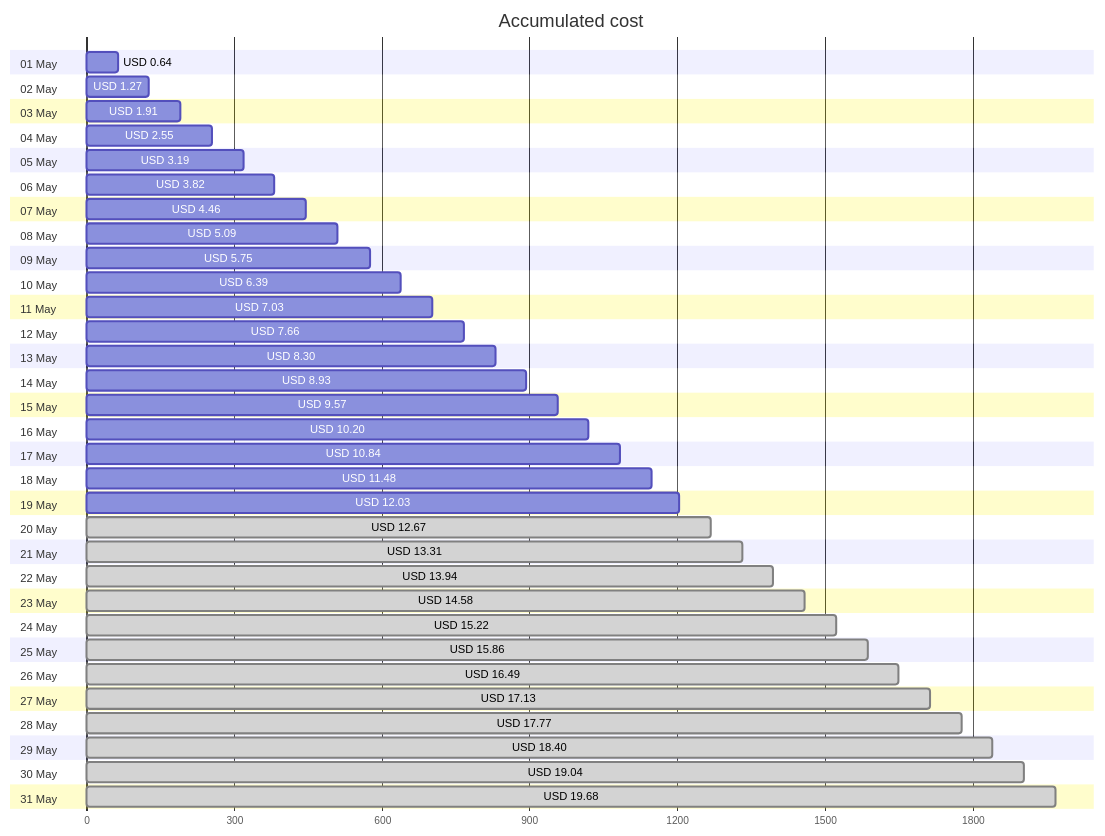
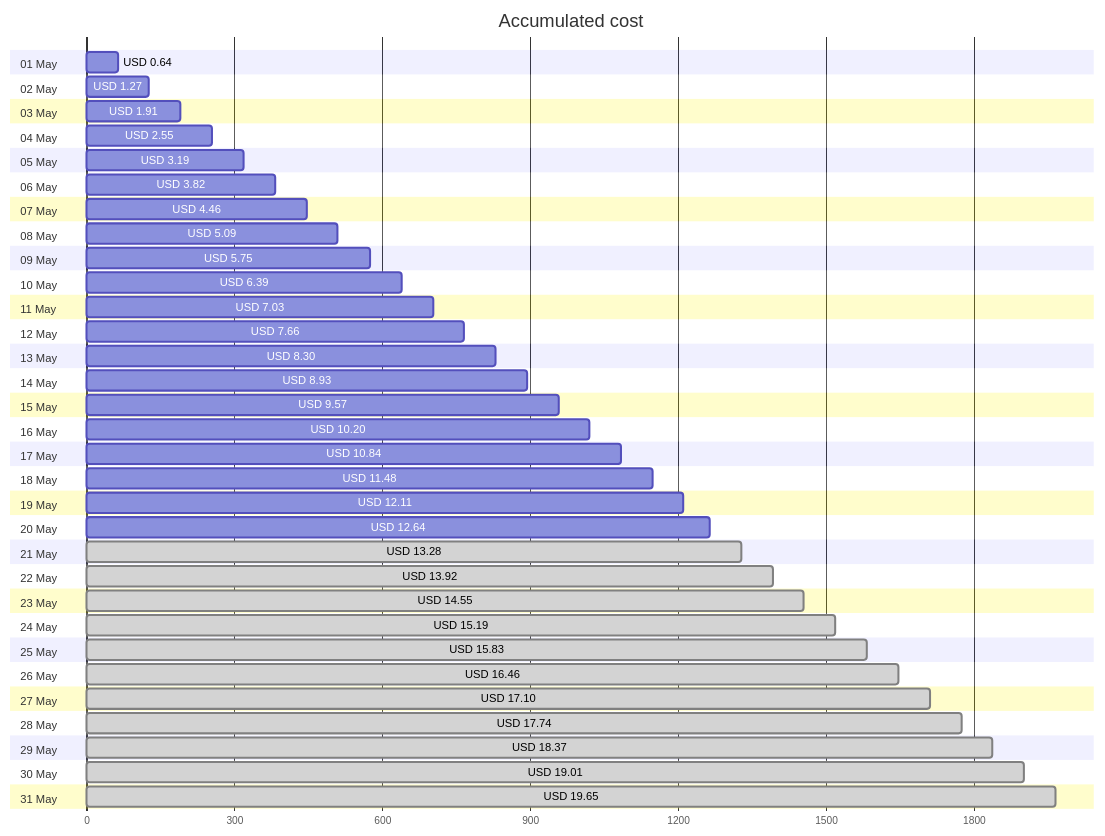
Before and after one commit to jpfulton/azure-personal-reports: the first of 4 diagrams in cost-reports/accumulated-cost.md, drawn with Mermaid. The commit also changed other lines of this file and 4 other files, not shown here.

````diff
--- a/cost-reports/accumulated-cost.md
+++ b/cost-reports/accumulated-cost.md
@@ -20,68 +20,68 @@
 ```mermaid
 gantt
    title Accumulated cost
    dateFormat  X
    axisFormat %s
    section 01 May
    USD 0.64 :0, 64
    section 02 May
    USD 1.27 :0, 127
    section 03 May
    USD 1.91 :0, 191
    section 04 May
    USD 2.55 :0, 255
    section 05 May
    USD 3.19 :0, 319
    section 06 May
    USD 3.82 :0, 382
    section 07 May
    USD 4.46 :0, 446
    section 08 May
    USD 5.09 :0, 509
    section 09 May
    USD 5.75 :0, 575
    section 10 May
    USD 6.39 :0, 639
    section 11 May
    USD 7.03 :0, 703
    section 12 May
    USD 7.66 :0, 766
    section 13 May
    USD 8.30 :0, 830
    section 14 May
    USD 8.93 :0, 893
    section 15 May
    USD 9.57 :0, 957
    section 16 May
    USD 10.20 :0, 1020
    section 17 May
    USD 10.84 :0, 1084
    section 18 May
    USD 11.48 :0, 1148
    section 19 May
-   USD 12.03 :0, 1203
+   USD 12.11 :0, 1211
    section 20 May
-   USD 12.67 : done, 0, 1267
+   USD 12.64 :0, 1264
    section 21 May
-   USD 13.31 : done, 0, 1331
+   USD 13.28 : done, 0, 1328
    section 22 May
-   USD 13.94 : done, 0, 1394
+   USD 13.92 : done, 0, 1392
    section 23 May
-   USD 14.58 : done, 0, 1458
+   USD 14.55 : done, 0, 1455
    section 24 May
-   USD 15.22 : done, 0, 1522
+   USD 15.19 : done, 0, 1519
    section 25 May
-   USD 15.86 : done, 0, 1586
+   USD 15.83 : done, 0, 1583
    section 26 May
-   USD 16.49 : done, 0, 1649
+   USD 16.46 : done, 0, 1646
    section 27 May
-   USD 17.13 : done, 0, 1713
+   USD 17.10 : done, 0, 1710
    section 28 May
-   USD 17.77 : done, 0, 1777
+   USD 17.74 : done, 0, 1774
    section 29 May
-   USD 18.40 : done, 0, 1840
+   USD 18.37 : done, 0, 1837
    section 30 May
-   USD 19.04 : done, 0, 1904
+   USD 19.01 : done, 0, 1901
    section 31 May
-   USD 19.68 : done, 0, 1968
+   USD 19.65 : done, 0, 1965
 ```
````
